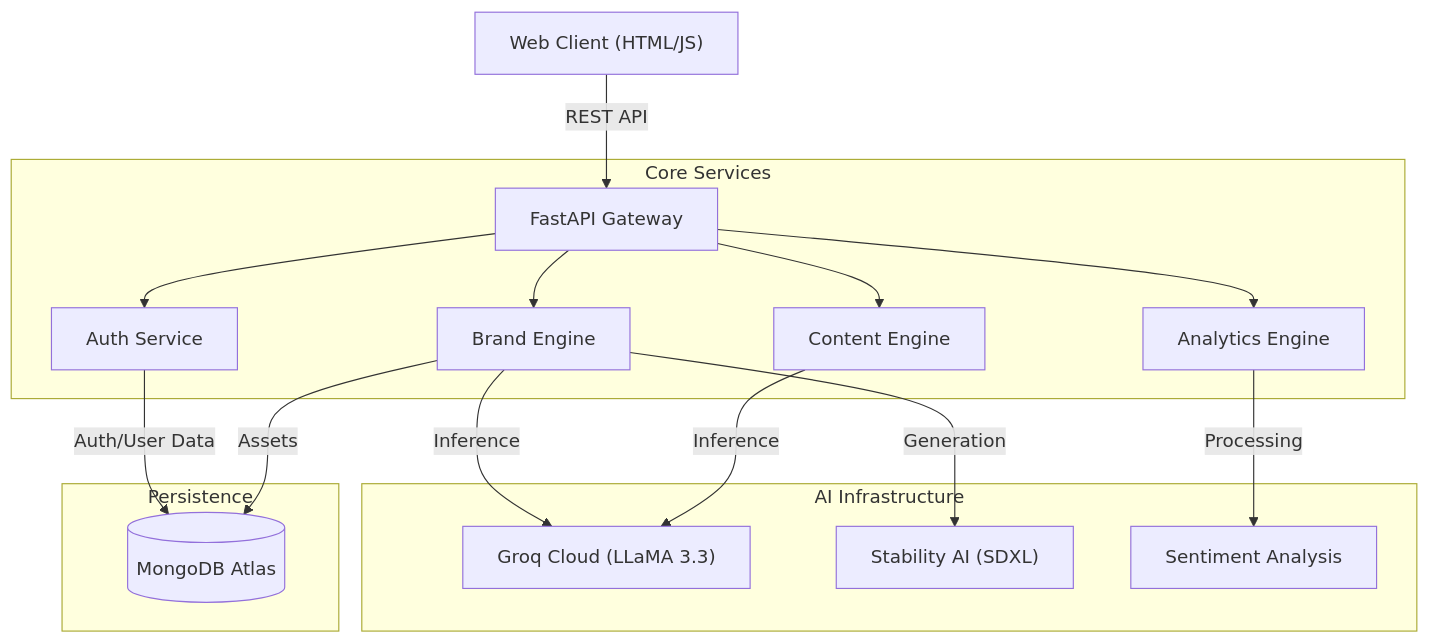
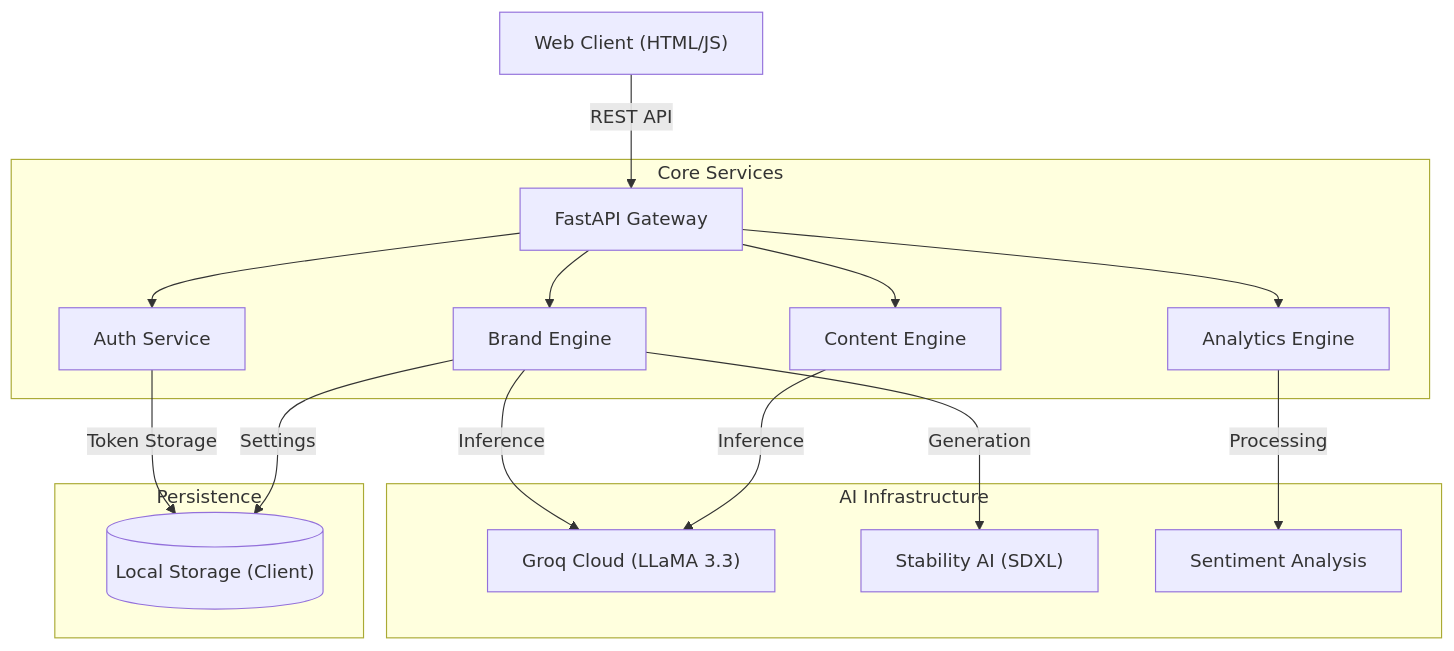
One commit to FAde16-lang/BrandCraft changed the diagram in README.md. Above: the diagram before and after it, drawn with Mermaid. The commit also changed other lines of this file, not shown here.

Commit message:
Update architecture documentation to reflect current client-side persistence strategy

````diff
--- a/README.md
+++ b/README.md
@@ -14,23 +14,23 @@
 ```mermaid
 graph TD
     Client["Web Client (HTML/JS)"] -->|REST API| API_Gateway["FastAPI Gateway"]
     
     subgraph "Core Services"
         API_Gateway --> Auth["Auth Service"]
         API_Gateway --> Brand["Brand Engine"]
         API_Gateway --> Content["Content Engine"]
         API_Gateway --> Analytics["Analytics Engine"]
     end
     
     subgraph "AI Infrastructure"
         Brand -->|Inference| LLM_Service["Groq Cloud (LLaMA 3.3)"]
         Content -->|Inference| LLM_Service
         Brand -->|Generation| Image_Service["Stability AI (SDXL)"]
         Analytics -->|Processing| Sentiment_Engine["Sentiment Analysis"]
     end
     
     subgraph "Persistence"
-        Auth -->|Auth/User Data| MongoDB[("MongoDB Atlas")]
-        Brand -->|Assets| MongoDB
+        Auth -->|Token Storage| LocalStore[("Local Storage (Client)")]
+        Brand -->|Settings| LocalStore
     end
 ```
````
